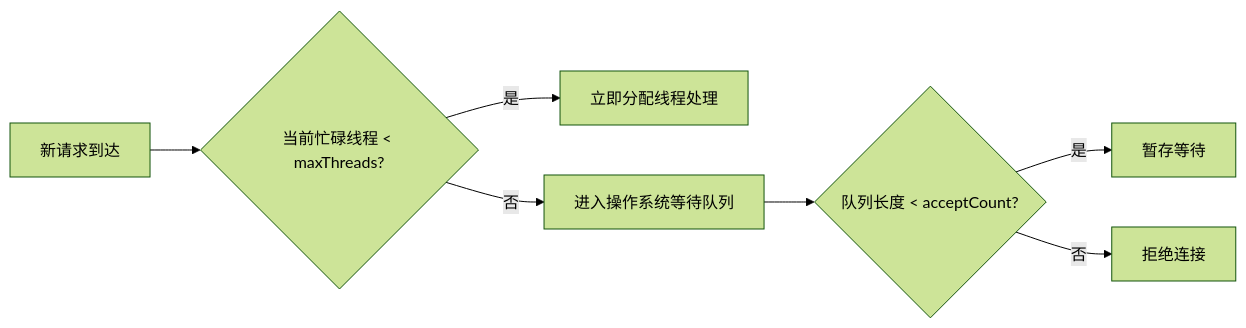
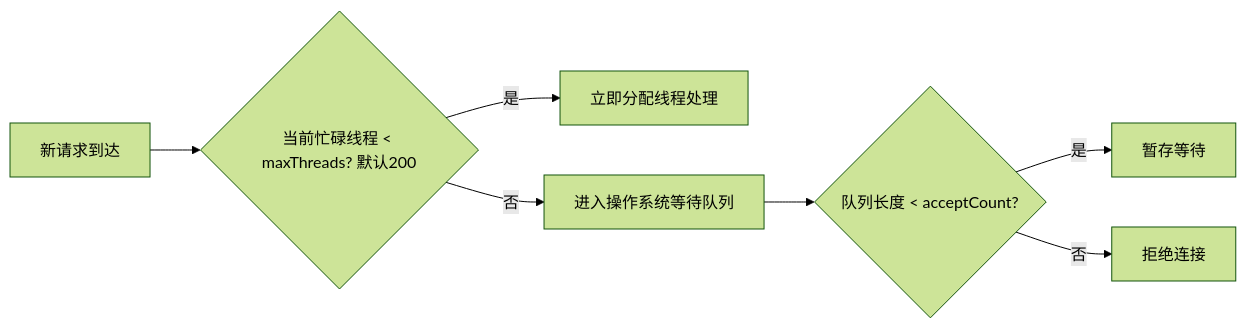
One commit to tangnewstar/java-basis changed the third of 5 diagrams in tangscode-web-server/README.md. Above: the diagram before and after it, drawn with Mermaid (forest theme). The commit also changed other lines of this file, not shown here.

````diff
--- a/tangscode-web-server/README.md
+++ b/tangscode-web-server/README.md
@@ -51,9 +51,9 @@
 ```mermaid
 graph LR
-A[新请求到达] --> B{当前忙碌线程 < maxThreads?}
+A[新请求到达] --> B{当前忙碌线程 < maxThreads? 默认200}
 B -->|是| C[立即分配线程处理]
 B -->|否| D[进入操作系统等待队列]
 D --> E{队列长度 < acceptCount?}
 E -->|是| F[暂存等待]
 E -->|否| G[拒绝连接]
 ```
````
